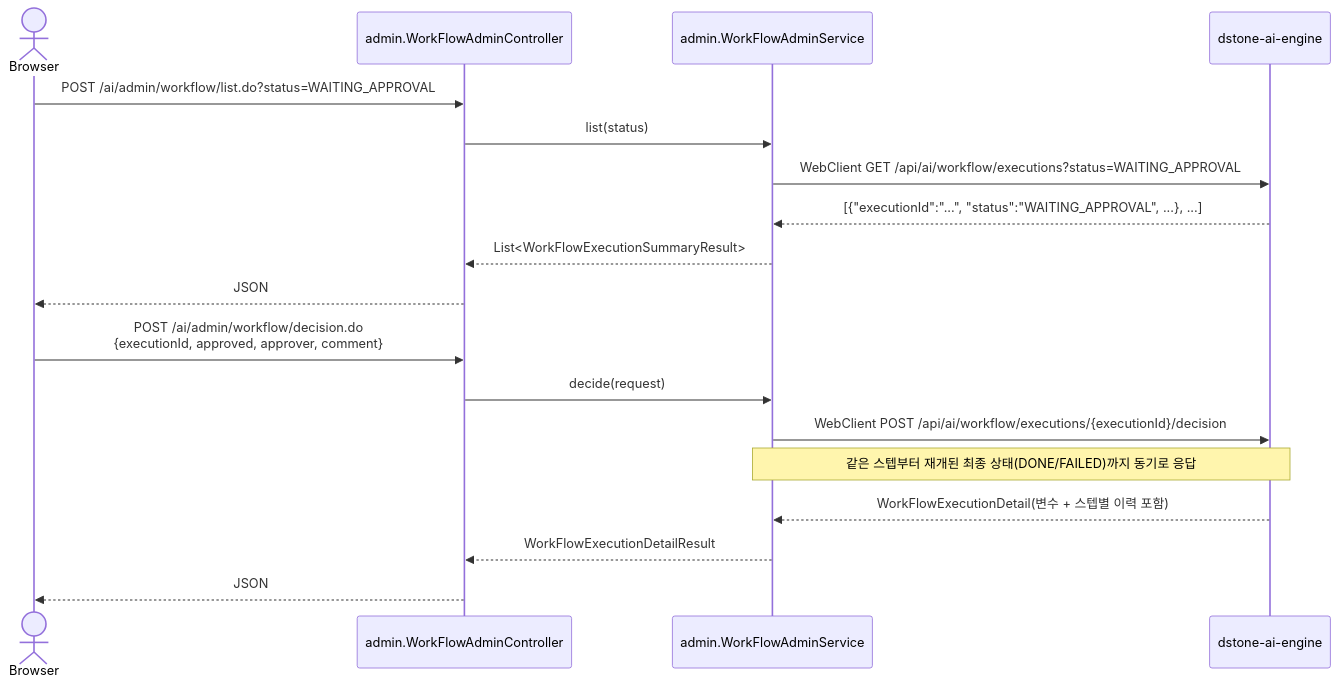
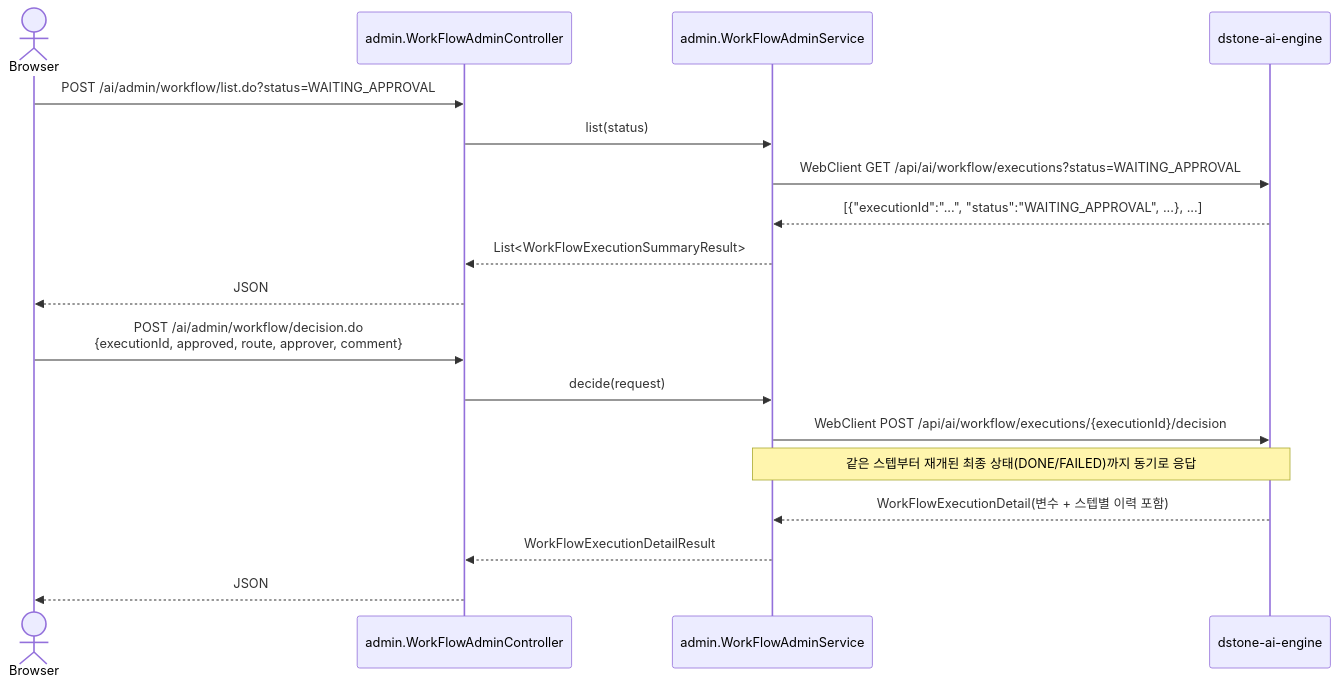
One commit to YongSoekChoeng/dstone changed the fifth of 5 diagrams in docs/06.dstone-boot.md. Above: the diagram before and after it, drawn with Mermaid. The commit also changed other lines of this file and 25 other files, not shown here.

````diff
--- a/docs/06.dstone-boot.md
+++ b/docs/06.dstone-boot.md
@@ -483,22 +483,22 @@
 ```mermaid
 sequenceDiagram
     actor 운영자 as Browser
     participant Ctrl as admin.WorkFlowAdminController
     participant Svc as admin.WorkFlowAdminService
     participant Engine as dstone-ai-engine
 
     운영자->>Ctrl: POST /ai/admin/workflow/list.do?status=WAITING_APPROVAL
     Ctrl->>Svc: list(status)
     Svc->>Engine: WebClient GET /api/ai/workflow/executions?status=WAITING_APPROVAL
     Engine-->>Svc: [{"executionId":"...", "status":"WAITING_APPROVAL", ...}, ...]
     Svc-->>Ctrl: List<WorkFlowExecutionSummaryResult>
     Ctrl-->>운영자: JSON
 
-    운영자->>Ctrl: POST /ai/admin/workflow/decision.do<br/>{executionId, approved, approver, comment}
+    운영자->>Ctrl: POST /ai/admin/workflow/decision.do<br/>{executionId, approved, route, approver, comment}
     Ctrl->>Svc: decide(request)
     Svc->>Engine: WebClient POST /api/ai/workflow/executions/{executionId}/decision
     Note over Svc,Engine: 같은 스텝부터 재개된 최종 상태(DONE/FAILED)까지 동기로 응답
     Engine-->>Svc: WorkFlowExecutionDetail(변수 + 스텝별 이력 포함)
     Svc-->>Ctrl: WorkFlowExecutionDetailResult
     Ctrl-->>운영자: JSON
 ```
````
